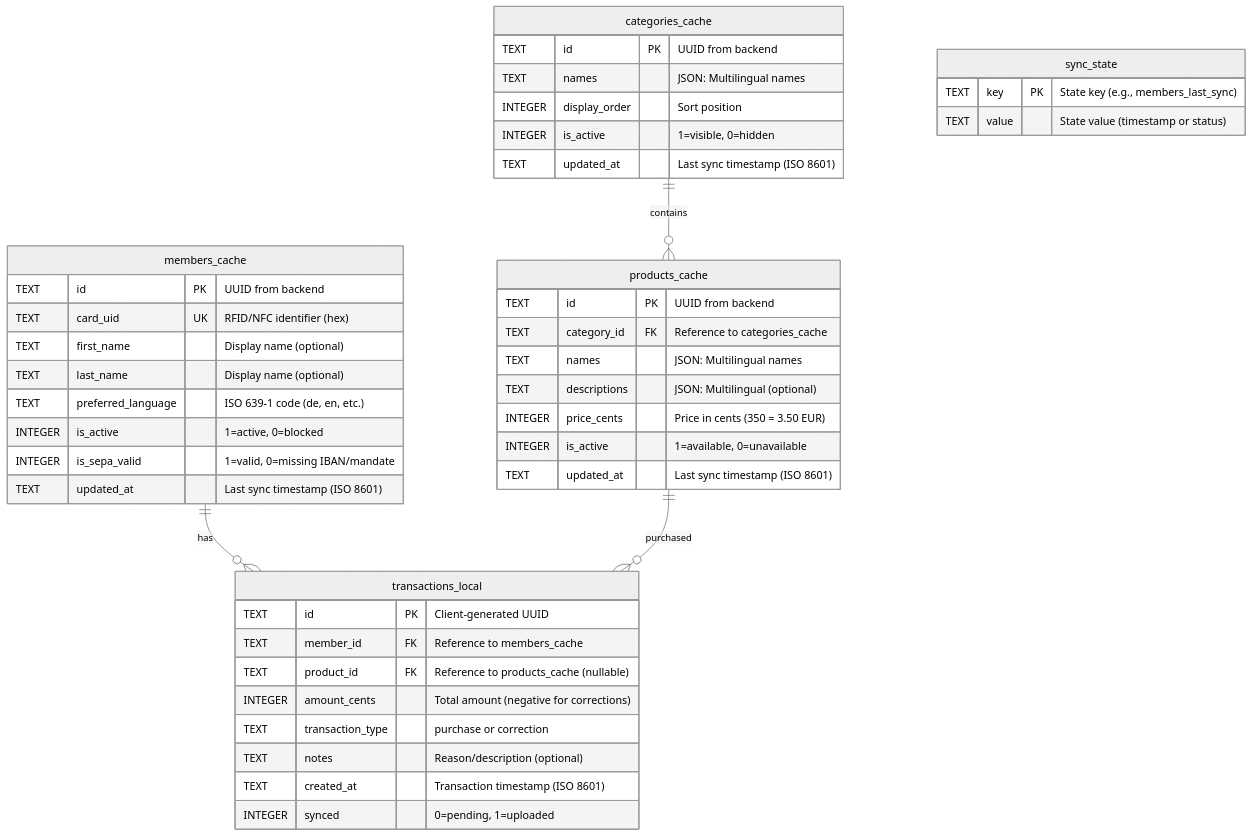
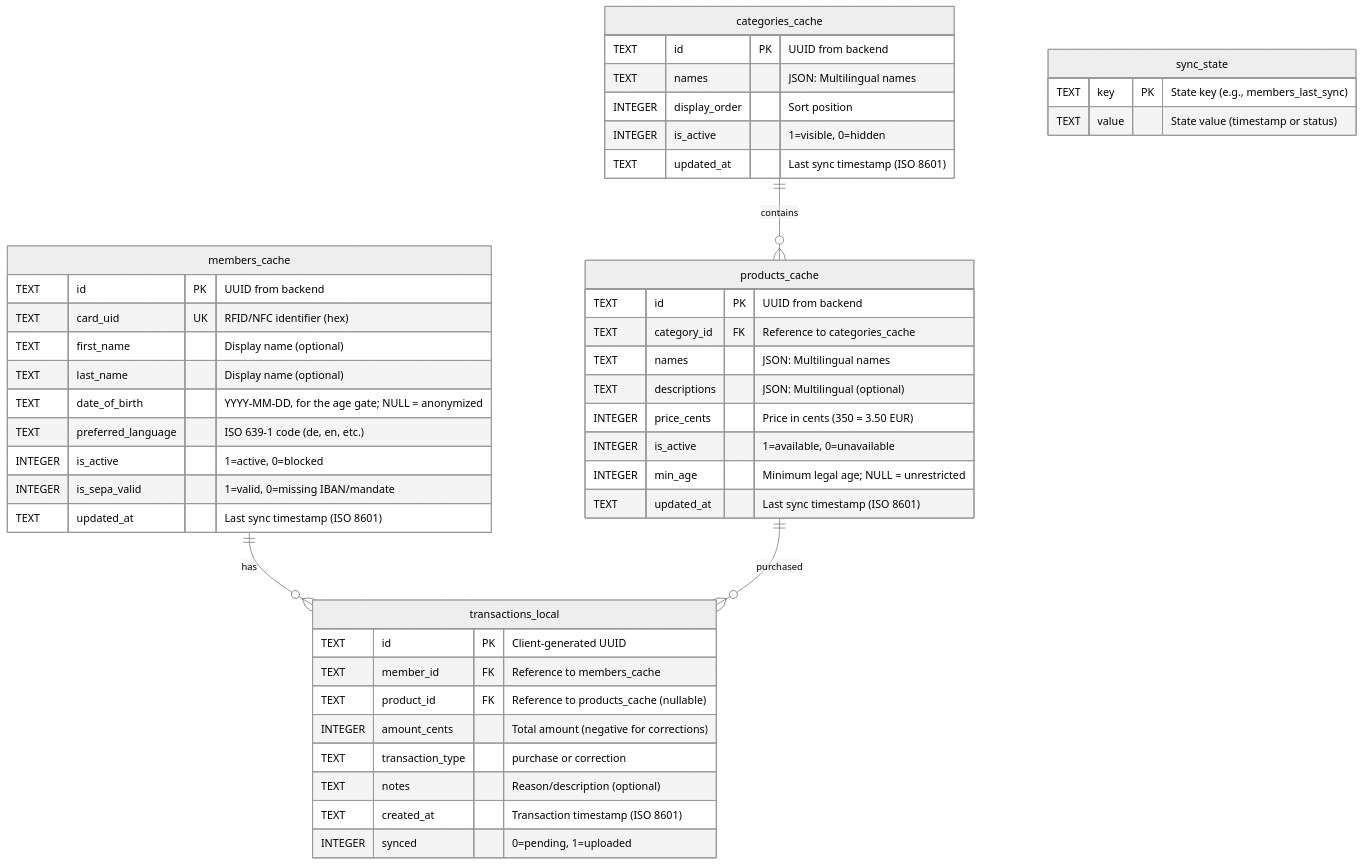
Before and after one commit to dgloeckner/clubbar: the first of 3 diagrams in docs/erm-frontend.md, drawn with Mermaid (neutral theme). The commit also changed other lines of this file and 8 other files, not shown here.

````diff
--- a/docs/erm-frontend.md
+++ b/docs/erm-frontend.md
@@ -23,51 +23,53 @@
 ```mermaid
 erDiagram
     members_cache {
         TEXT id PK "UUID from backend"
         TEXT card_uid UK "RFID/NFC identifier (hex)"
         TEXT first_name "Display name (optional)"
         TEXT last_name "Display name (optional)"
+        TEXT date_of_birth "YYYY-MM-DD, for the age gate; NULL = anonymized"
         TEXT preferred_language "ISO 639-1 code (de, en, etc.)"
         INTEGER is_active "1=active, 0=blocked"
         INTEGER is_sepa_valid "1=valid, 0=missing IBAN/mandate"
         TEXT updated_at "Last sync timestamp (ISO 8601)"
     }
 
     categories_cache {
         TEXT id PK "UUID from backend"
         TEXT names "JSON: Multilingual names"
         INTEGER display_order "Sort position"
         INTEGER is_active "1=visible, 0=hidden"
         TEXT updated_at "Last sync timestamp (ISO 8601)"
     }
 
     products_cache {
         TEXT id PK "UUID from backend"
         TEXT category_id FK "Reference to categories_cache"
         TEXT names "JSON: Multilingual names"
         TEXT descriptions "JSON: Multilingual (optional)"
         INTEGER price_cents "Price in cents (350 = 3.50 EUR)"
         INTEGER is_active "1=available, 0=unavailable"
+        INTEGER min_age "Minimum legal age; NULL = unrestricted"
         TEXT updated_at "Last sync timestamp (ISO 8601)"
     }
 
     transactions_local {
         TEXT id PK "Client-generated UUID"
         TEXT member_id FK "Reference to members_cache"
         TEXT product_id FK "Reference to products_cache (nullable)"
         INTEGER amount_cents "Total amount (negative for corrections)"
         TEXT transaction_type "purchase or correction"
         TEXT notes "Reason/description (optional)"
         TEXT created_at "Transaction timestamp (ISO 8601)"
         INTEGER synced "0=pending, 1=uploaded"
     }
 
     sync_state {
         TEXT key PK "State key (e.g., members_last_sync)"
         TEXT value "State value (timestamp or status)"
     }
 
     categories_cache ||--o{ products_cache : "contains"
     members_cache ||--o{ transactions_local : "has"
     products_cache ||--o{ transactions_local : "purchased"
 ```
````
